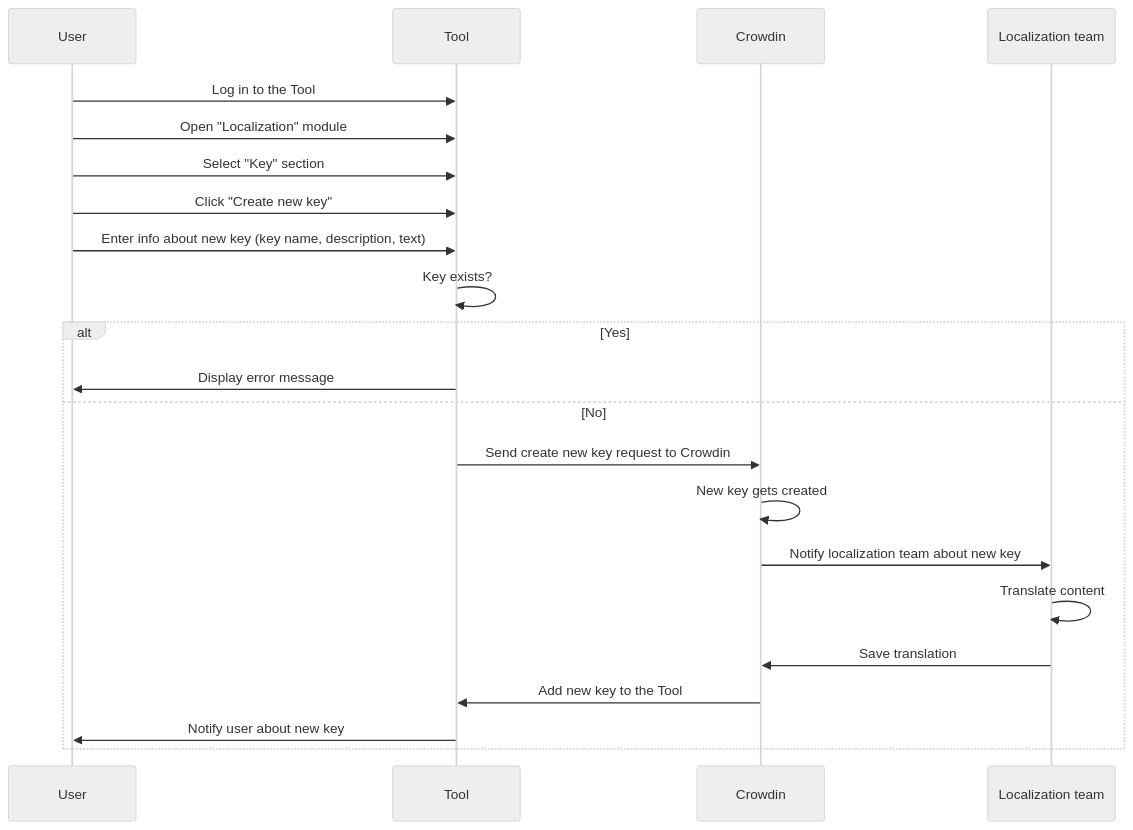
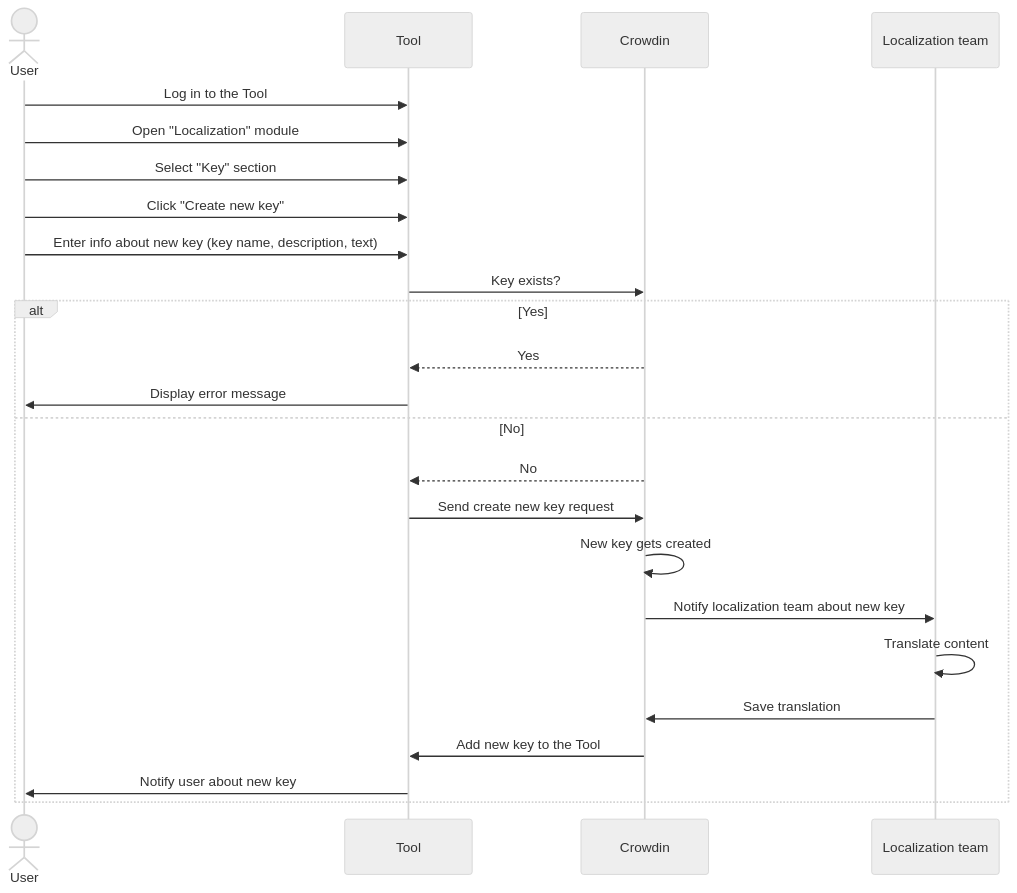
The diagram in docs/test-tasks/welltech/localization-module-overview.md (VadymSachenko/TechWriteIt), drawn with Mermaid (neutral theme) before and after one commit. The commit also changed other lines of this file and 3 other files, not shown here.

````diff
--- a/docs/test-tasks/welltech/localization-module-overview.md
+++ b/docs/test-tasks/welltech/localization-module-overview.md
@@ -24,26 +24,28 @@
 ```mermaid
 sequenceDiagram
-    participant User
+    Actor User
     participant Tool
     participant Crowdin
     participant Localization team
 
     User ->> Tool: Log in to the Tool
     User ->> Tool: Open "Localization" module
     User ->> Tool: Select "Key" section
     User ->> Tool: Click "Create new key"
     User ->> Tool: Enter info about new key (key name, description, text)
 
-    Tool ->> Tool: Key exists?
+    Tool ->> Crowdin: Key exists?
     alt Yes
+        Crowdin -->> Tool: Yes
         Tool ->> User: Display error message
     else No
-        Tool ->> Crowdin: Send create new key request to Crowdin
+        Crowdin -->> Tool: No
+        Tool ->> Crowdin: Send create new key request
         Crowdin ->> Crowdin: New key gets created
         Crowdin ->> Localization team: Notify localization team about new key
         Localization team ->> Localization team: Translate content
         Localization team ->> Crowdin: Save translation
         Crowdin ->> Tool: Add new key to the Tool
         Tool ->> User: Notify user about new key
     end
 ```
````
